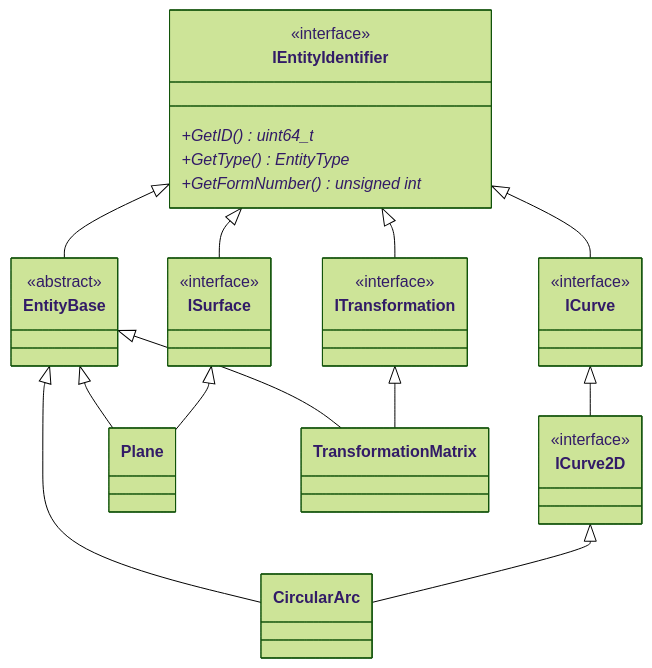
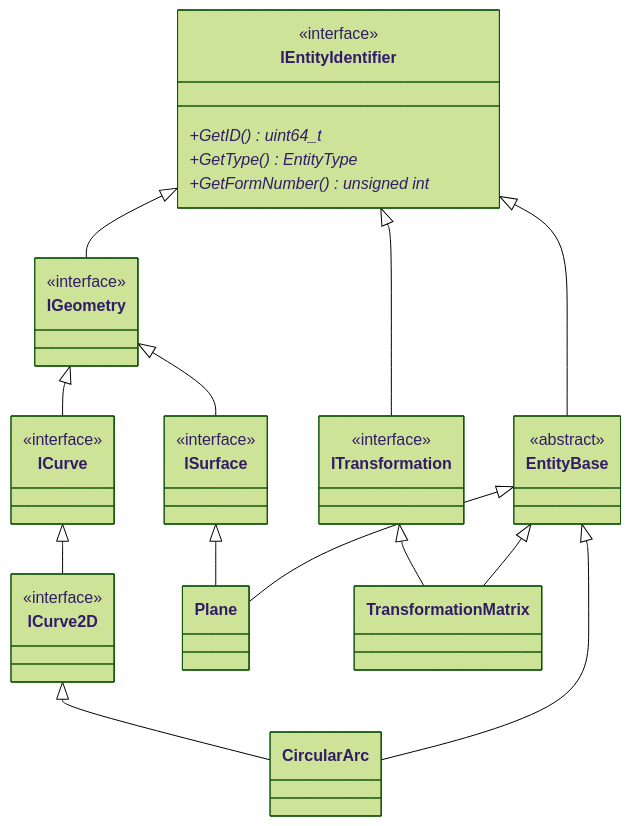
One commit to YayoiHabami/IGESio changed the diagram in docs/entities/entity_base_class_architecture.md. Above: the diagram before and after it, drawn with Mermaid (forest theme). The commit also changed 62 other files, not shown here.

````diff
--- a/docs/entities/entity_base_class_architecture.md
+++ b/docs/entities/entity_base_class_architecture.md
@@ -38,48 +38,54 @@
 ```mermaid
 classDiagram
     class IEntityIdentifier {
         <<interface>>
         +GetID()* uint64_t
         +GetType()* EntityType
         +GetFormNumber()* unsigned int
     }
 
     class ITransformation {
+        <<interface>>
+    }
+
+    class IGeometry {
         <<interface>>
     }
 
     class ICurve {
         <<interface>>
     }
 
     class ICurve2D {
         <<interface>>
     }
 
     class ISurface {
         <<interface>>
     }
 
     class EntityBase {
         <<abstract>>
     }
 
     class CircularArc
     class Plane
     class TransformationMatrix
 
     IEntityIdentifier <|-- ITransformation
-    IEntityIdentifier <|-- ICurve
-    IEntityIdentifier <|-- ISurface
+    IEntityIdentifier <|-- IGeometry
     IEntityIdentifier <|-- EntityBase
+
+    IGeometry <|-- ICurve
+    IGeometry <|-- ISurface
 
     ICurve <|-- ICurve2D
 
     EntityBase <|-- CircularArc
     EntityBase <|-- Plane
     EntityBase <|-- TransformationMatrix
 
     ITransformation <|-- TransformationMatrix
     ICurve2D <|-- CircularArc
     ISurface <|-- Plane
 ```
````
